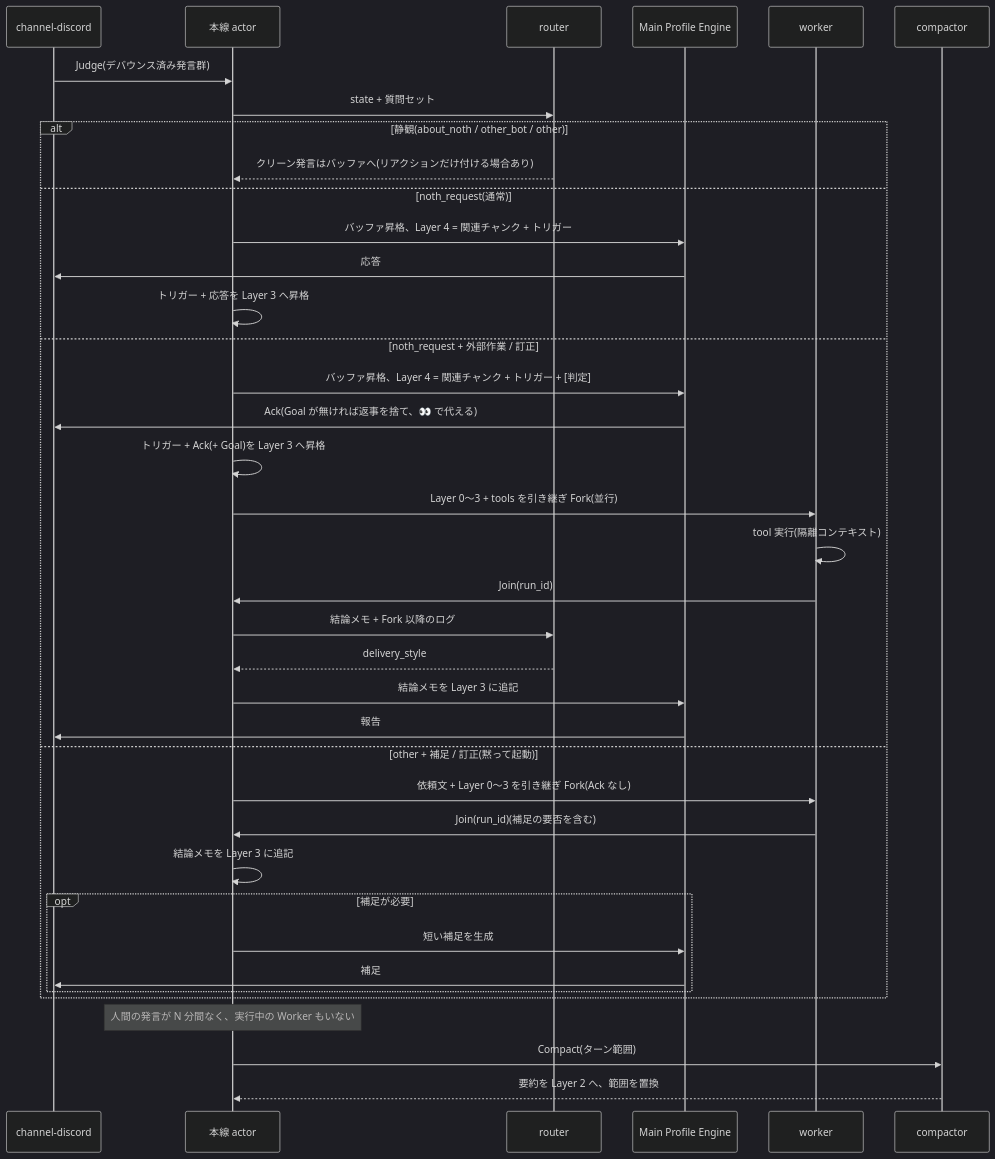
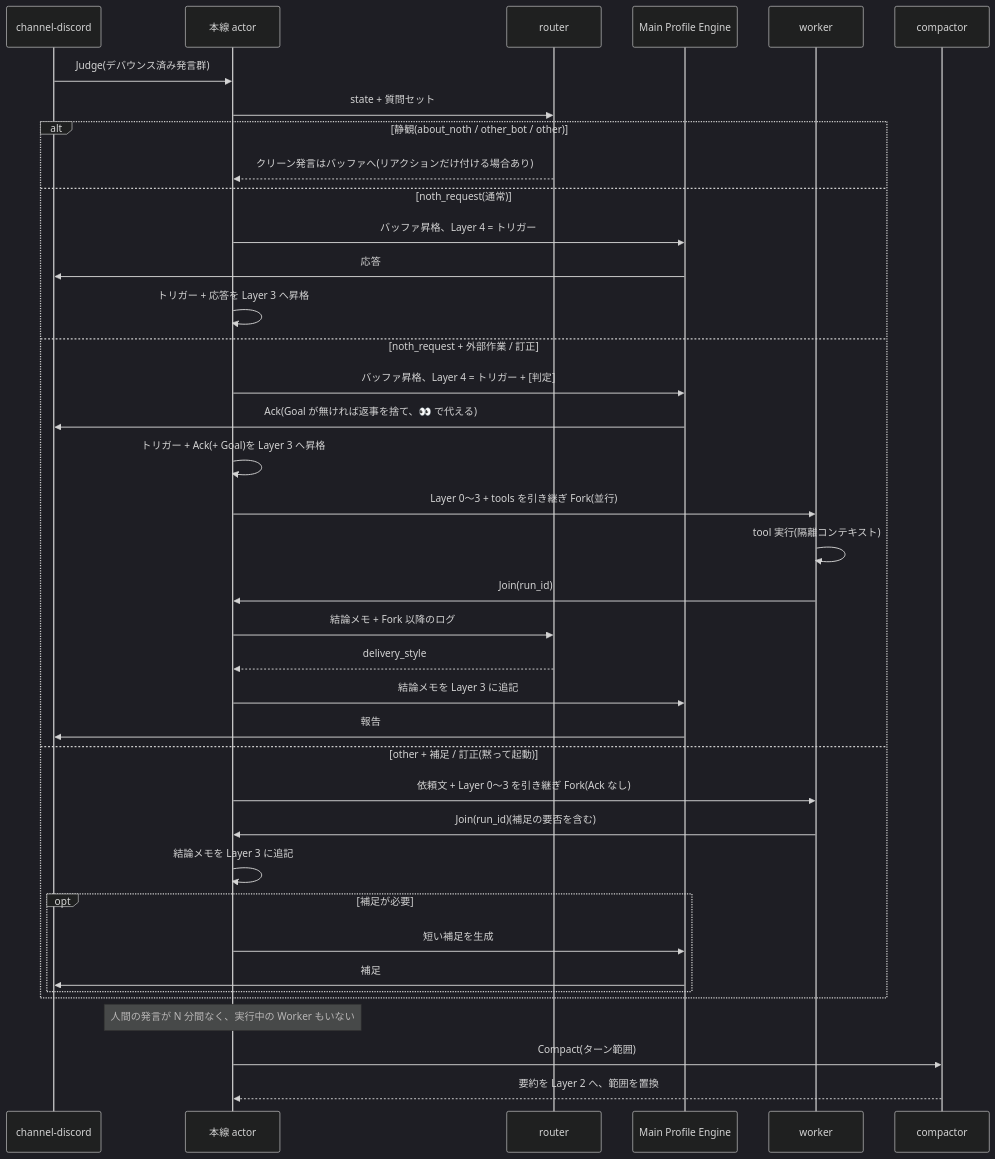
The diagram in docs/context-layers.md (NotHumanServer/noth), drawn with Mermaid (dark theme) before and after one commit. The commit also changed other lines of this file and 31 other files, not shown here.

````diff
--- a/docs/context-layers.md
+++ b/docs/context-layers.md
@@ -283,41 +282,41 @@
 ```mermaid
 sequenceDiagram
     participant D as channel-discord
     participant A as 本線 actor
     participant R as router
     participant M as Main Profile Engine
     participant W as worker
     participant C as compactor
 
     D->>A: Judge(デバウンス済み発言群)
     A->>R: state + 質問セット
     alt 静観(about_noth / other_bot / other)
         R-->>A: クリーン発言はバッファへ(リアクションだけ付ける場合あり)
     else noth_request(通常)
-        A->>M: バッファ昇格、Layer 4 = 関連チャンク + トリガー
+        A->>M: バッファ昇格、Layer 4 = トリガー
         M->>D: 応答
         A->>A: トリガー + 応答を Layer 3 へ昇格
     else noth_request + 外部作業 / 訂正
-        A->>M: バッファ昇格、Layer 4 = 関連チャンク + トリガー + [判定]
+        A->>M: バッファ昇格、Layer 4 = トリガー + [判定]
         M->>D: Ack(Goal が無ければ返事を捨て、👀 で代える)
         A->>A: トリガー + Ack(+ Goal)を Layer 3 へ昇格
         A->>W: Layer 0〜3 + tools を引き継ぎ Fork(並行)
         W->>W: tool 実行(隔離コンテキスト)
         W->>A: Join(run_id)
         A->>R: 結論メモ + Fork 以降のログ
         R-->>A: delivery_style
         A->>M: 結論メモを Layer 3 に追記
         M->>D: 報告
     else other + 補足 / 訂正(黙って起動)
         A->>W: 依頼文 + Layer 0〜3 を引き継ぎ Fork(Ack なし)
         W->>A: Join(run_id)(補足の要否を含む)
         A->>A: 結論メモを Layer 3 に追記
         opt 補足が必要
             A->>M: 短い補足を生成
             M->>D: 補足
         end
     end
     Note over A: 人間の発言が N 分間なく、実行中の Worker もいない
     A->>C: Compact(ターン範囲)
     C-->>A: 要約を Layer 2 へ、範囲を置換
 ```
````
